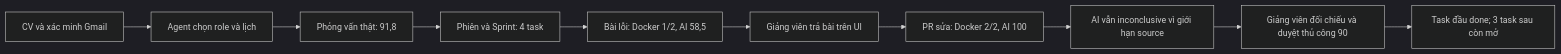
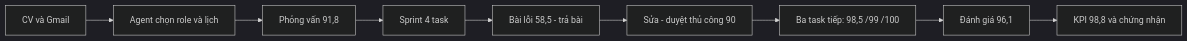
Before and after one commit to vanhoi04082006-pixel/V-Intern-FE: the diagram in docs/ACCEPTANCE-CHECKPOINT-20261026.md, drawn with Mermaid (dark theme). The commit also changed other lines of this file and 4 other files, not shown here.

````diff
--- a/docs/ACCEPTANCE-CHECKPOINT-20261026.md
+++ b/docs/ACCEPTANCE-CHECKPOINT-20261026.md
@@ -27,12 +37,11 @@
-```mermaid
+~~~mermaid
 flowchart LR
-  A[CV và xác minh Gmail] --> B[Agent chọn role và lịch]
-  B --> C[Phỏng vấn thật: 91,8]
-  C --> D[Phiên và Sprint: 4 task]
-  D --> E[Bài lỗi: Docker 1/2, AI 58,5]
-  E --> F[Giảng viên trả bài trên UI]
-  F --> G[PR sửa: Docker 2/2, AI 100]
-  G --> H[AI vẫn inconclusive vì giới hạn source]
-  H --> I[Giảng viên đối chiếu và duyệt thủ công 90]
-  I --> J[Task đầu done; 3 task sau còn mở]
-```
+  A[CV và Gmail] --> B[Agent chọn role và lịch]
+  B --> C[Phỏng vấn 91,8]
+  C --> D[Sprint 4 task]
+  D --> E[Bài lỗi 58,5 - trả bài]
+  E --> F[Sửa - duyệt thủ công 90]
+  F --> G[Ba task tiếp: 98,5 /99 /100]
+  G --> H[Đánh giá 96,1]
+  H --> I[KPI 98,8 và chứng nhận]
+~~~
````
